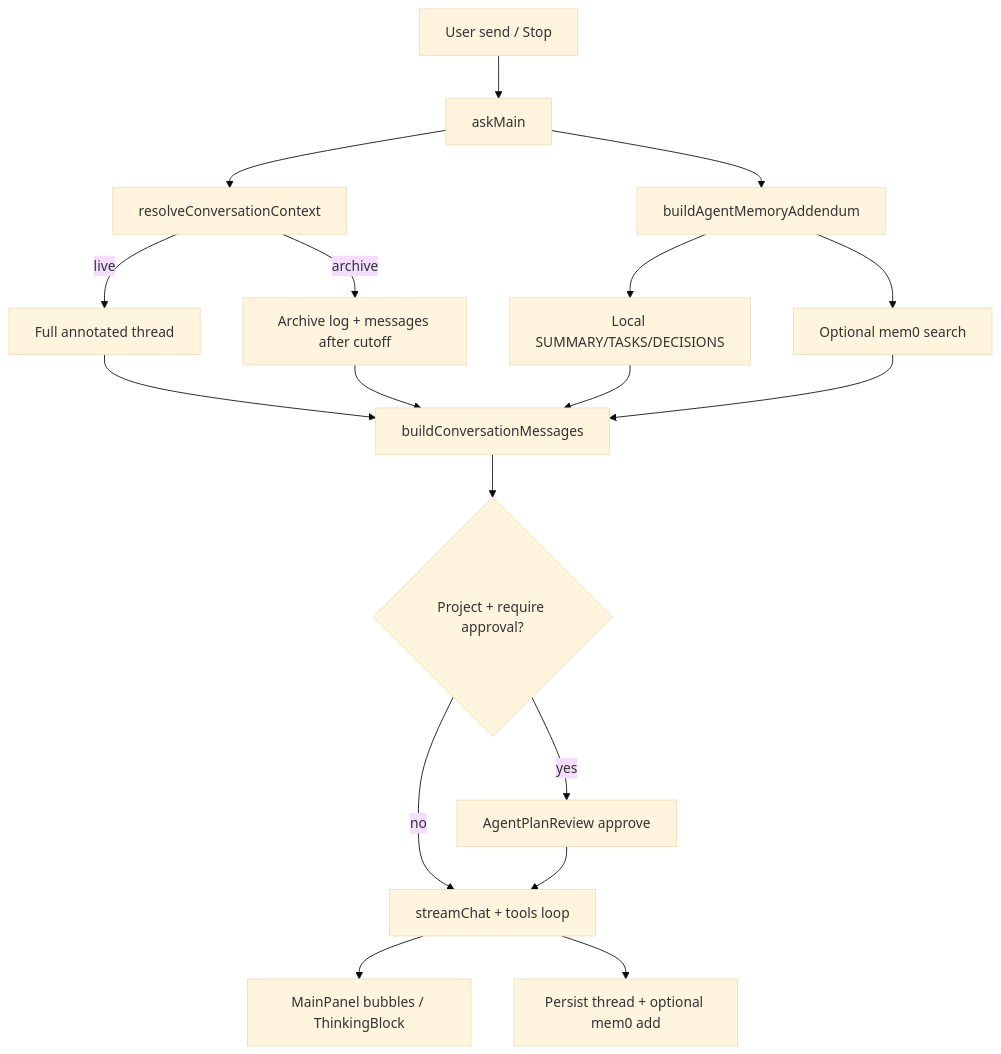
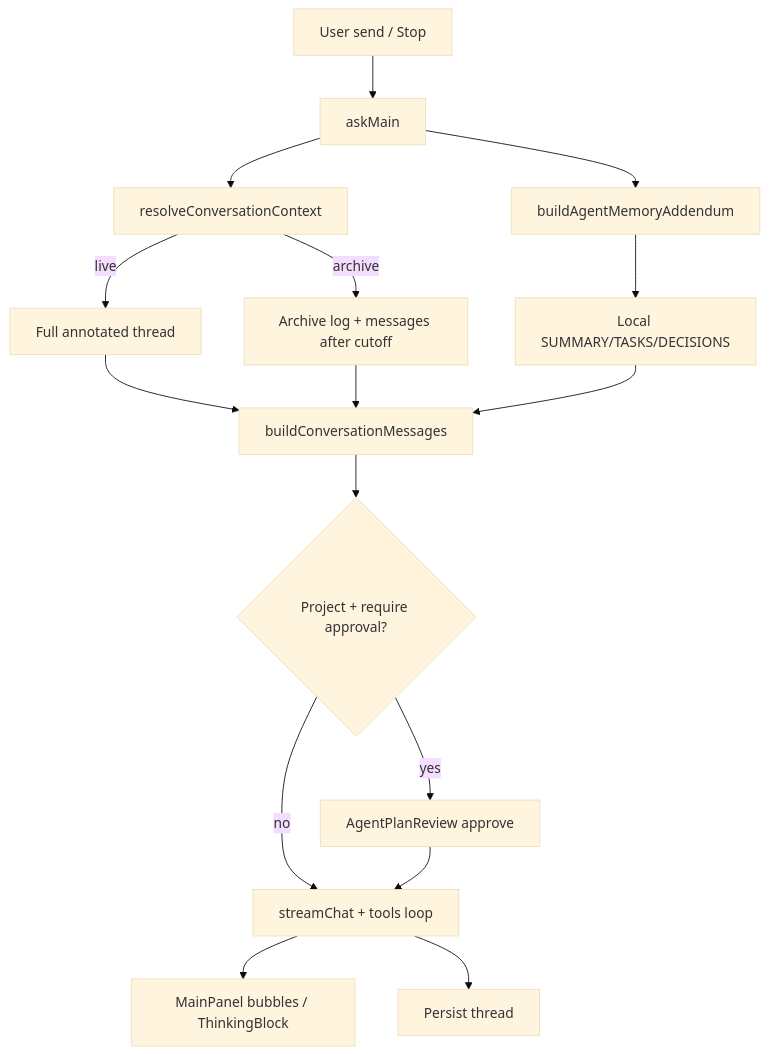
The second of 2 diagrams in README.md (y-Adrian/forknote), drawn with Mermaid (base theme) before and after one commit. The commit also changed other lines of this file and 10 other files, not shown here.

````diff
--- a/README.md
+++ b/README.md
@@ -307,20 +287,18 @@
 ```mermaid
 flowchart TD
   User[User send / Stop] --> askMain[askMain]
   askMain --> resolve[resolveConversationContext]
   resolve -->|live| full[Full annotated thread]
   resolve -->|archive| arch[Archive log + messages after cutoff]
   askMain --> mem[buildAgentMemoryAddendum]
   mem --> md[Local SUMMARY/TASKS/DECISIONS]
-  mem --> m0[Optional mem0 search]
   full --> build[buildConversationMessages]
   arch --> build
   md --> build
-  m0 --> build
   build --> plan{Project + require approval?}
   plan -->|yes| review[AgentPlanReview approve]
   plan -->|no| stream[streamChat + tools loop]
   review --> stream
   stream --> UI[MainPanel bubbles / ThinkingBlock]
-  stream --> persist[Persist thread + optional mem0 add]
+  stream --> persist[Persist thread]
 ```
````
